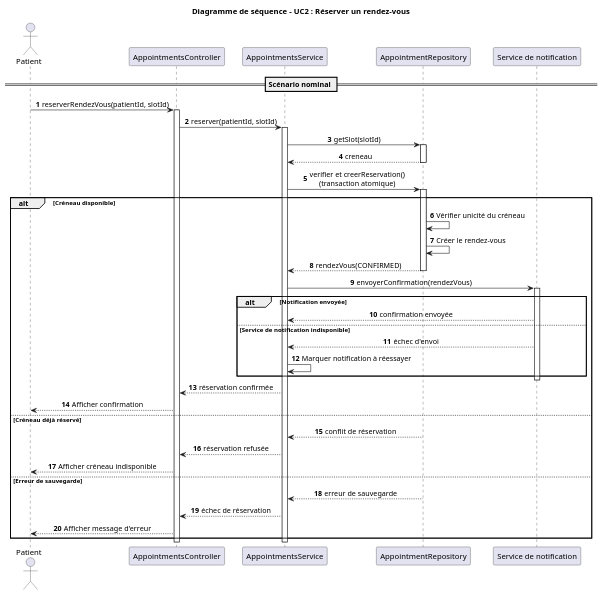
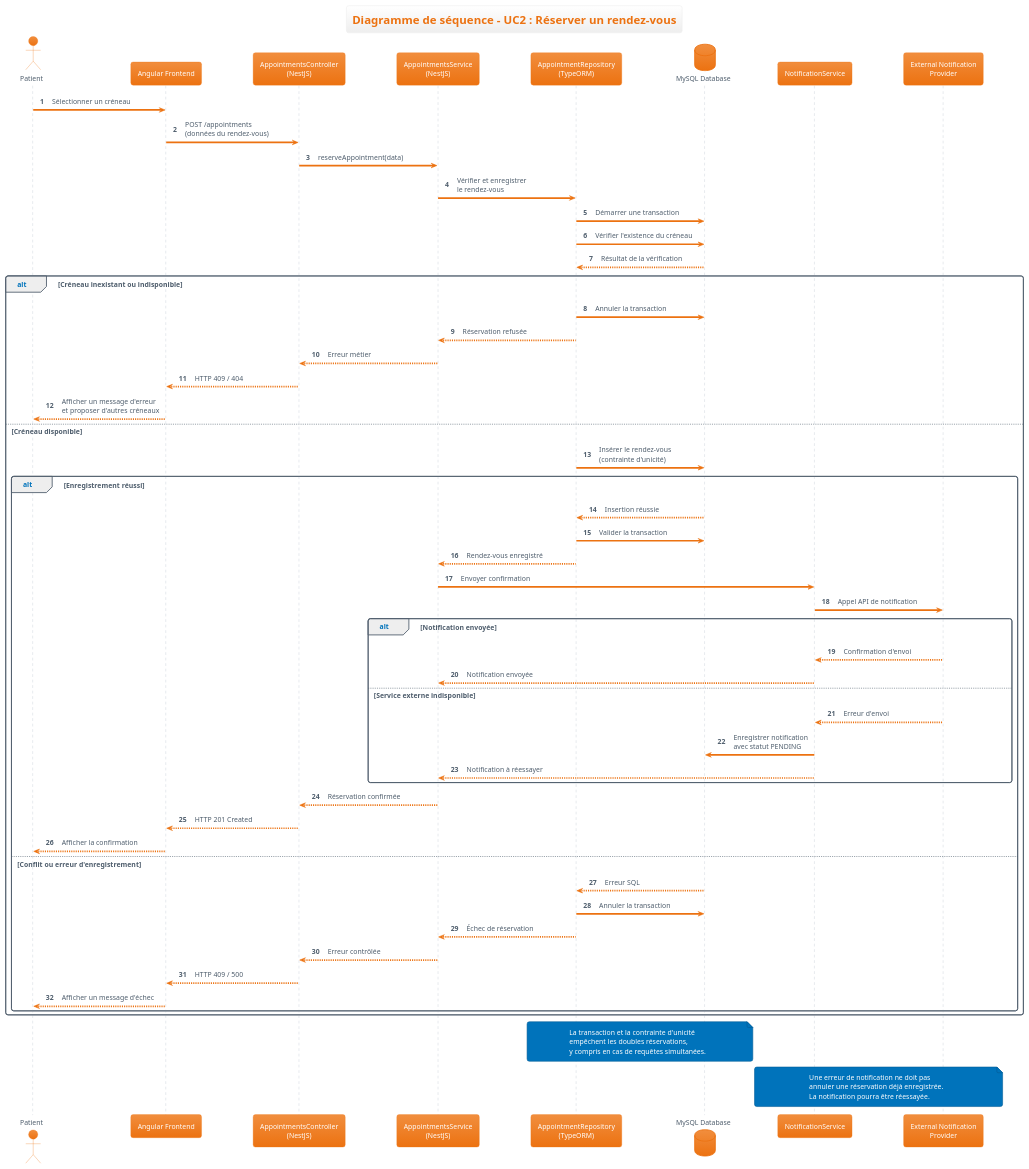
The diagram in docs/sequence-reservation.puml (Lamouchi-Saif/Atelier_PU), drawn with PlantUML before and after one commit. The commit also changed 1 other file, not shown here.

Commit message:
ficed incoherences in diagramms

```diff
--- a/docs/sequence-reservation.puml
+++ b/docs/sequence-reservation.puml
@@ -2,67 +2,79 @@
 @startuml
+!theme aws-orange
+autonumber
+
 title Diagramme de séquence - UC2 : Réserver un rendez-vous
 
-autonumber
-skinparam shadowing false
-skinparam sequenceMessageAlign center
-skinparam responseMessageBelowArrow true
+actor Patient
+participant "Angular Frontend" as Frontend
+participant "AppointmentsController\n(NestJS)" as Controller
+participant "AppointmentsService\n(NestJS)" as Service
+participant "AppointmentRepository\n(TypeORM)" as Repository
+database "MySQL Database" as DB
+participant "NotificationService" as Notification
+participant "External Notification\nProvider" as Provider
 
-actor Patient
-participant "AppointmentsController" as Controller
-participant "AppointmentsService" as Service
-participant "AppointmentRepository" as Repository
-participant "Service de notification" as Notification
+Patient -> Frontend : Sélectionner un créneau
+Frontend -> Controller : POST /appointments\n(données du rendez-vous)
+Controller -> Service : reserveAppointment(data)
 
-== Scénario nominal ==
+Service -> Repository : Vérifier et enregistrer\nle rendez-vous
+Repository -> DB : Démarrer une transaction
 
-Patient -> Controller : reserverRendezVous(patientId, slotId)
-activate Controller
+Repository -> DB : Vérifier l'existence du créneau
+DB --> Repository : Résultat de la vérification
 
-Controller -> Service : reserver(patientId, slotId)
-activate Service
+alt Créneau inexistant ou indisponible
+    Repository -> DB : Annuler la transaction
+    Repository --> Service : Réservation refusée
+    Service --> Controller : Erreur métier
+    Controller --> Frontend : HTTP 409 / 404
+    Frontend --> Patient : Afficher un message d'erreur\net proposer d'autres créneaux
 
-Service -> Repository : getSlot(slotId)
-activate Repository
-Repository --> Service : creneau
-deactivate Repository
+else Créneau disponible
+    Repository -> DB : Insérer le rendez-vous\n(contrainte d'unicité)
+    
+    alt Enregistrement réussi
+        DB --> Repository : Insertion réussie
+        Repository -> DB : Valider la transaction
+        Repository --> Service : Rendez-vous enregistré
 
-Service -> Repository : verifier et creerReservation()\n(transaction atomique)
-activate Repository
+        Service -> Notification : Envoyer confirmation
+        Notification -> Provider : Appel API de notification
 
-alt Créneau disponible
-    Repository -> Repository : Vérifier unicité du créneau
-    Repository -> Repository : Créer le rendez-vous
-    Repository --> Service : rendezVous(CONFIRMED)
-    deactivate Repository
+        alt Notification envoyée
+            Provider --> Notification : Confirmation d'envoi
+            Notification --> Service : Notification envoyée
+        else Service externe indisponible
+            Provider --> Notification : Erreur d'envoi
+            Notification -> DB : Enregistrer notification\navec statut PENDING
+            Notification --> Service : Notification à réessayer
+        end
 
-    Service -> Notification : envoyerConfirmation(rendezVous)
-    activate Notification
+        Service --> Controller : Réservation confirmée
+        Controller --> Frontend : HTTP 201 Created
+        Frontend --> Patient : Afficher la confirmation
 
-    alt Notification envoyée
-        Notification --> Service : confirmation envoyée
-    else Service de notification indisponible
-        Notification --> Service : échec d'envoi
-        Service -> Service : Marquer notification à réessayer
+    else Conflit ou erreur d'enregistrement
+        DB --> Repository : Erreur SQL
+        Repository -> DB : Annuler la transaction
+        Repository --> Service : Échec de réservation
+        Service --> Controller : Erreur contrôlée
+        Controller --> Frontend : HTTP 409 / 500
+        Frontend --> Patient : Afficher un message d'échec
     end
-    deactivate Notification
-
-    Service --> Controller : réservation confirmée
-    Controller --> Patient : Afficher confirmation
-
-else Créneau déjà réservé
-    Repository --> Service : conflit de réservation
-    deactivate Repository
-    Service --> Controller : réservation refusée
-    Controller --> Patient : Afficher créneau indisponible
-
-else Erreur de sauvegarde
-    Repository --> Service : erreur de sauvegarde
-    deactivate Repository
-    Service --> Controller : échec de réservation
-    Controller --> Patient : Afficher message d'erreur
 end
 
-deactivate Service
-deactivate Controller
+note over Repository,DB
+  La transaction et la contrainte d'unicité
+  empêchent les doubles réservations,
+  y compris en cas de requêtes simultanées.
+end note
+
+note over Notification,Provider
+  Une erreur de notification ne doit pas
+  annuler une réservation déjà enregistrée.
+  La notification pourra être réessayée.
+end note
 
 @enduml
```
